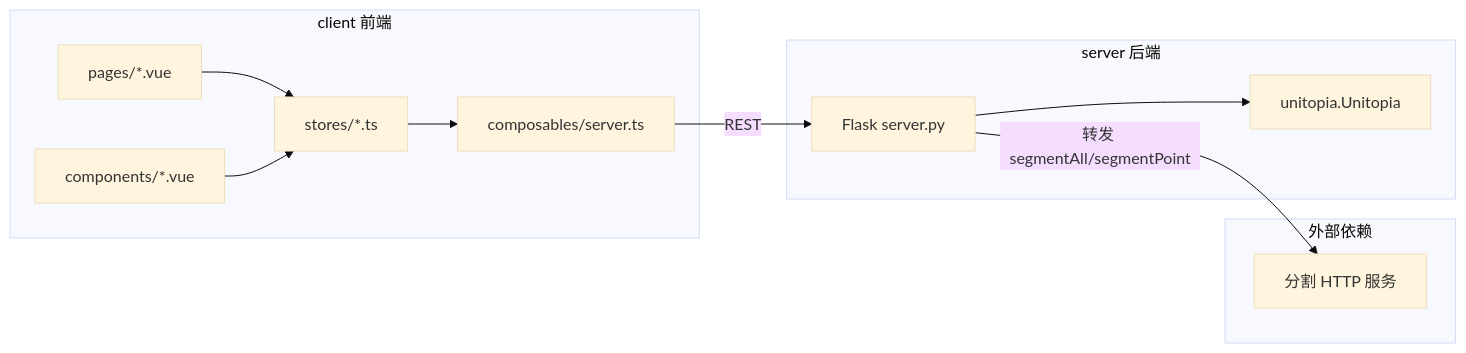
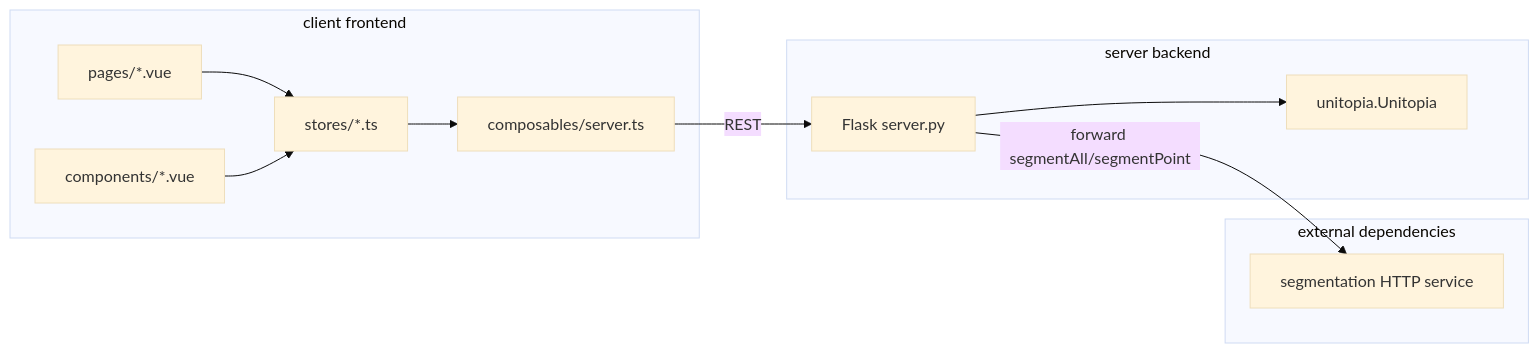
The diagram in README.md (fxh803/UnitoPia), drawn with Mermaid (base theme) before and after one commit. The commit also changed other lines of this file and 3 other files, not shown here.

````diff
--- a/README.md
+++ b/README.md
@@ -20,22 +57,22 @@
 ```mermaid
 flowchart LR
-  subgraph client [client 前端]
+  subgraph client [client frontend]
     Pages["pages/*.vue"]
     Stores["stores/*.ts"]
     Components["components/*.vue"]
     ServerTs["composables/server.ts"]
     Pages --> Stores
     Components --> Stores
     Stores --> ServerTs
   end
-  subgraph server [server 后端]
+  subgraph server [server backend]
     Flask["Flask server.py"] 
     Lib["unitopia.Unitopia"] 
     Flask --> Lib
   end
-  subgraph external [外部依赖]
-    SegAPI["分割 HTTP 服务"] 
+  subgraph external [external dependencies]
+    SegAPI["segmentation HTTP service"] 
   end
   ServerTs -->|REST| Flask 
-  Flask -->|转发 segmentAll/segmentPoint| SegAPI
+  Flask -->|forward segmentAll/segmentPoint| SegAPI
 ```
````
